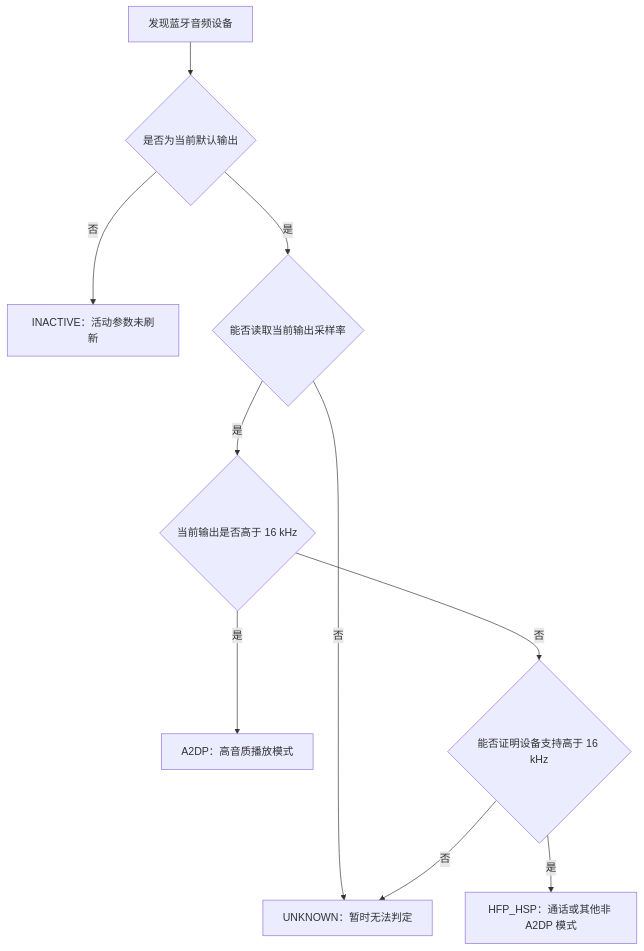
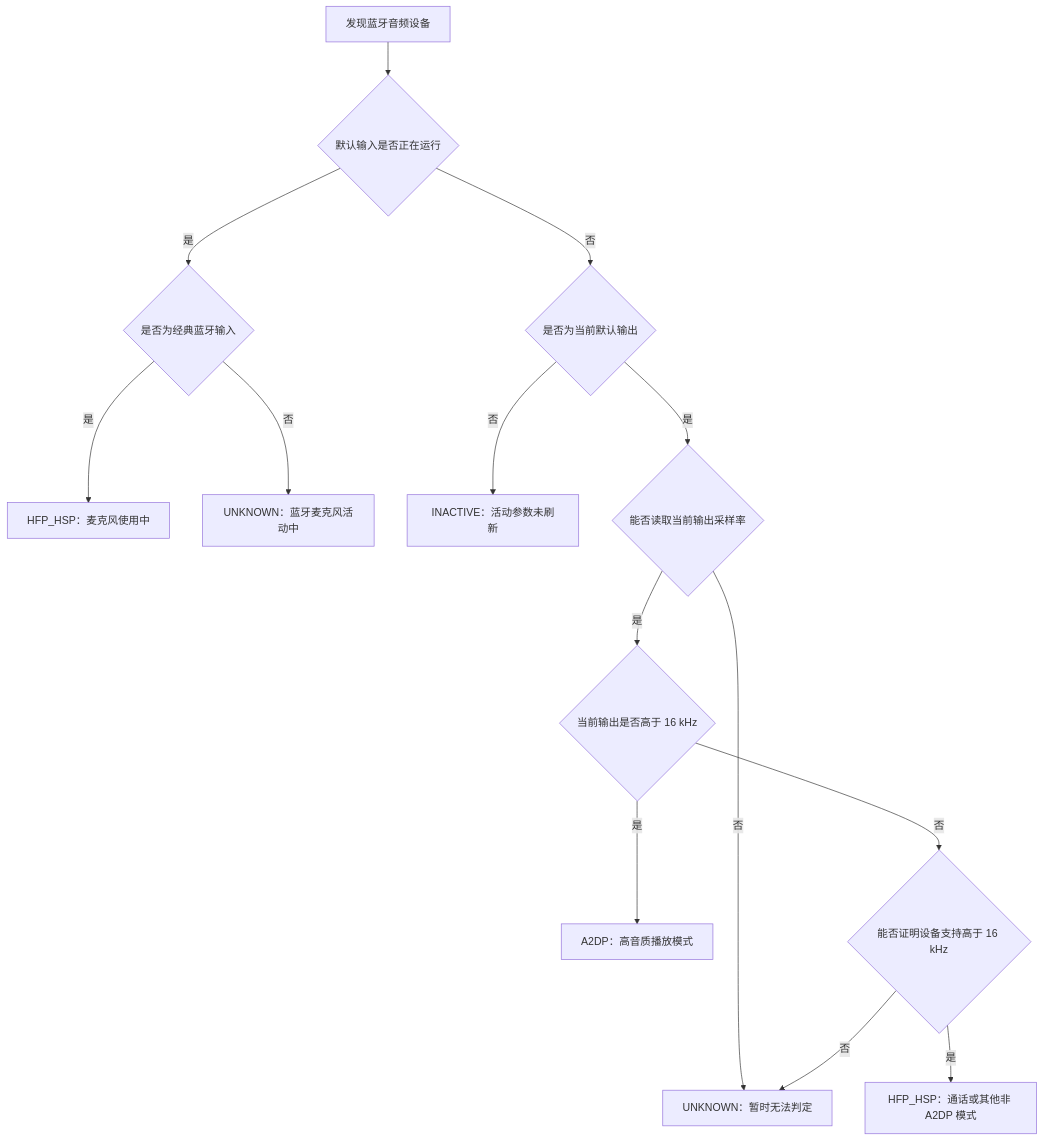
Before and after one commit to andy-JustSayWhen/fix-Bluetooth-earphone-audio-problem: the diagram in reference/SPEC/如何判定蓝牙音频设备的音频模式.md, drawn with Mermaid. The commit also changed other lines of this file and 9 other files, not shown here.

````diff
--- a/reference/SPEC/如何判定蓝牙音频设备的音频模式.md
+++ b/reference/SPEC/如何判定蓝牙音频设备的音频模式.md
@@ -91,12 +95,16 @@
 ```mermaid
 flowchart TD
-    A[发现蓝牙音频设备] --> B{是否为当前默认输出}
-    B -- 否 --> C[INACTIVE：活动参数未刷新]
-    B -- 是 --> D{能否读取当前输出采样率}
-    D -- 否 --> E[UNKNOWN：暂时无法判定]
+    A[发现蓝牙音频设备] --> B{默认输入是否正在运行}
+    B -- 是 --> C{是否为经典蓝牙输入}
+    C -- 是 --> D1[HFP_HSP：麦克风使用中]
+    C -- 否 --> E1[UNKNOWN：蓝牙麦克风活动中]
+    B -- 否 --> B2{是否为当前默认输出}
+    B2 -- 否 --> C2[INACTIVE：活动参数未刷新]
+    B2 -- 是 --> D{能否读取当前输出采样率}
+    D -- 否 --> E2[UNKNOWN：暂时无法判定]
     D -- 是 --> F{当前输出是否高于 16 kHz}
     F -- 是 --> G[A2DP：高音质播放模式]
     F -- 否 --> H{能否证明设备支持高于 16 kHz}
     H -- 是 --> I[HFP_HSP：通话或其他非 A2DP 模式]
-    H -- 否 --> E
+    H -- 否 --> E2
 ```
````
